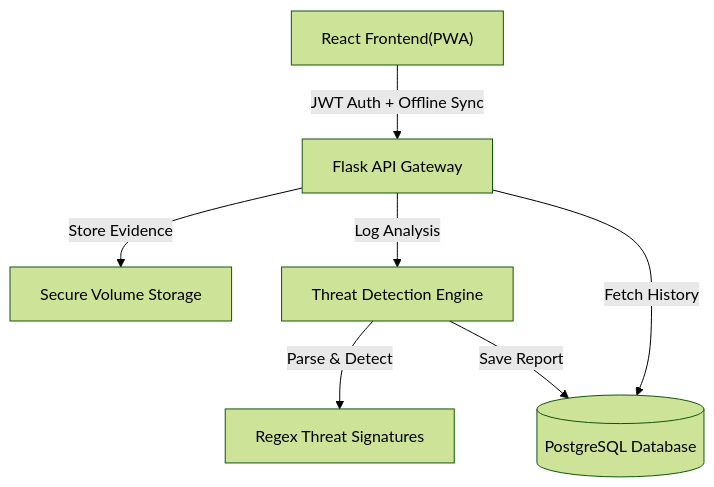
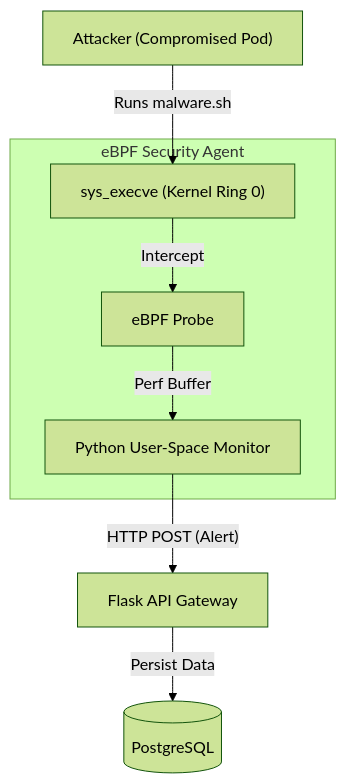
The diagram in README.md (Murashidzi/SecureSME-Platform), drawn with Mermaid (forest theme) before and after one commit. The commit also changed other lines of this file and 19 other files, not shown here.

Commit message:
feature(ebpf): integrate kernel probe with API and update threatmodel docs

````diff
--- a/README.md
+++ b/README.md
@@ -20,9 +21,12 @@
 ```mermaid
 graph TD
-    Client["React Frontend(PWA)"] -->|"JWT Auth + Offline Sync"| API["Flask API Gateway"]
-    API -->|"Store Evidence"| Vol["Secure Volume Storage"]
-    API -->|"Log Analysis"| Engine["Threat Detection Engine"]
-    Engine -->|"Parse & Detect"| Rules["Regex Threat Signatures"]
-    Engine -->|"Save Report"| DB[("PostgreSQL Database")]
-    API -->|"Fetch History"| DB
+    Attacker["Attacker (Compromised Pod)"] -->|"Runs malware.sh"| Syscall["sys_execve (Kernel Ring 0)"]
+
+    subgraph eBPF Security Agent
+    Syscall -->|"Intercept"| BPF["eBPF Probe"]
+    BPF -->|"Perf Buffer"| Monitor["Python User-Space Monitor"]
+    end
+
+    Monitor -->|"HTTP POST (Alert)"| API["Flask API Gateway"]
+    API -->|"Persist Data"| DB[("PostgreSQL")]
 ```
````
